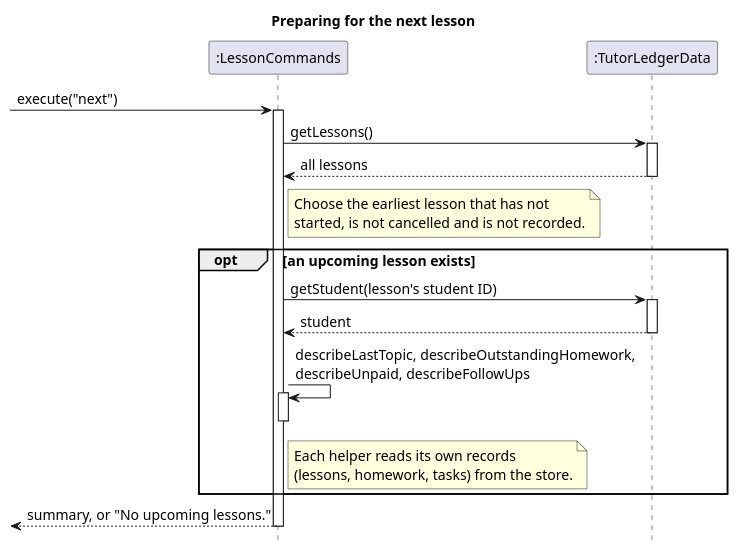
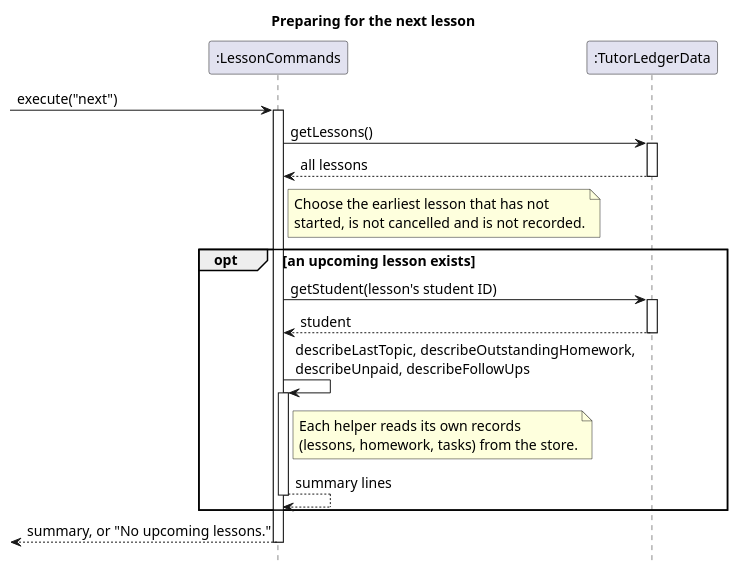
One commit to AY2627S1-CS2113-W12-2/tp changed the diagram in docs/diagrams/lesson-next-sequence.puml. Above: the diagram before and after it, drawn with PlantUML. The commit also changed 21 other files, not shown here.

First line of the commit message:
DG: Add return arrows to self-calls in sequence diagrams

```diff
--- a/docs/diagrams/lesson-next-sequence.puml
+++ b/docs/diagrams/lesson-next-sequence.puml
@@ -1,37 +1,38 @@
 @startuml
 skinparam backgroundColor white
 skinparam defaultFontSize 14
 skinparam shadowing false
 hide footbox
 title Preparing for the next lesson
 
 participant ":LessonCommands" as Commands
 participant ":TutorLedgerData" as Data
 
 [-> Commands : execute("next")
 activate Commands
 Commands -> Data : getLessons()
 activate Data
 Data --> Commands : all lessons
 deactivate Data
 note right of Commands
   Choose the earliest lesson that has not
   started, is not cancelled and is not recorded.
 end note
 
 opt an upcoming lesson exists
   Commands -> Data : getStudent(lesson's student ID)
   activate Data
   Data --> Commands : student
   deactivate Data
   Commands -> Commands : describeLastTopic, describeOutstandingHomework,\ndescribeUnpaid, describeFollowUps
   activate Commands
   note right of Commands
     Each helper reads its own records
     (lessons, homework, tasks) from the store.
   end note
+  Commands --> Commands : summary lines
   deactivate Commands
 end
 Commands -->[ : summary, or "No upcoming lessons."
 deactivate Commands
 @enduml
```
